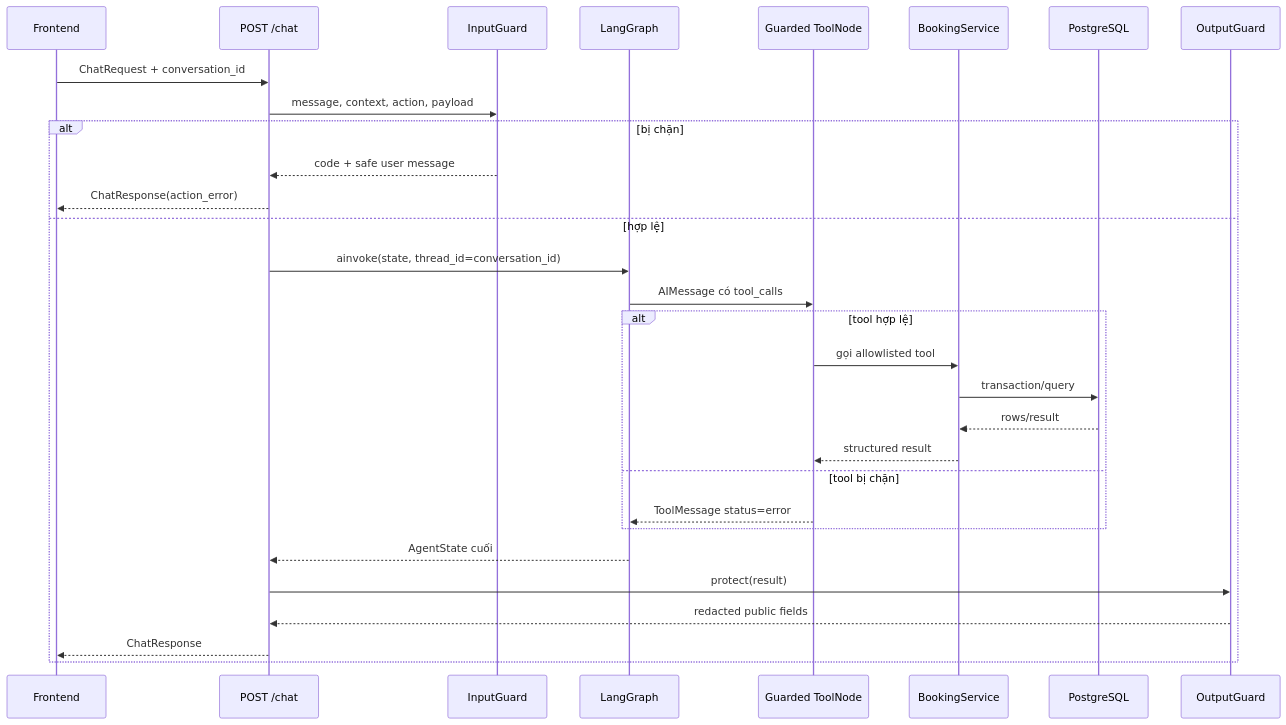
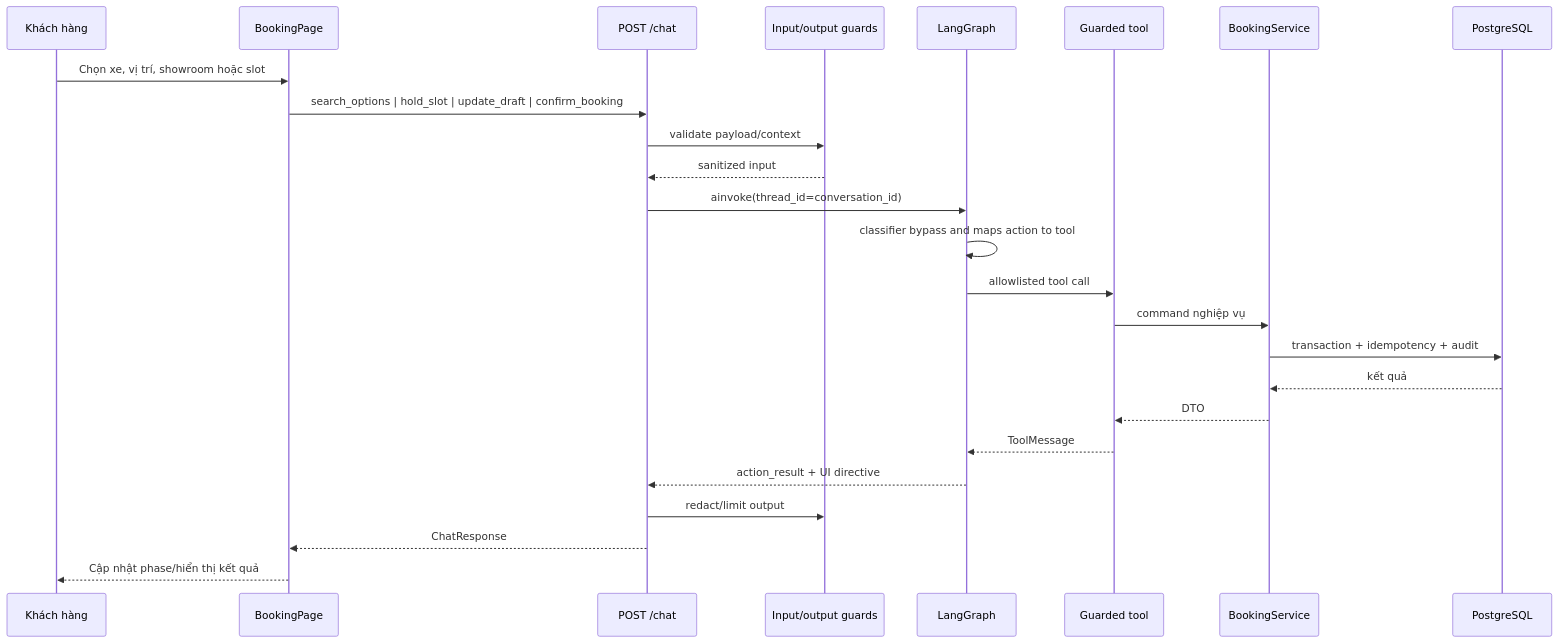
One commit to haichauht/vinfast-test-drive-booking changed the fourth of 7 diagrams in ARCHITECTURE.md. Above: the diagram before and after it, drawn with Mermaid. The commit also changed other lines of this file and 19 other files, not shown here.

Commit message:
feat(booking): improve location and availability flow

````diff
--- a/ARCHITECTURE.md
+++ b/ARCHITECTURE.md
@@ -327,33 +197,27 @@
 ```mermaid
 sequenceDiagram
-    participant F as Frontend
-    participant R as POST /chat
-    participant I as InputGuard
-    participant G as LangGraph
-    participant T as Guarded ToolNode
+    participant C as Khách hàng
+    participant UI as BookingPage
+    participant API as POST /chat
+    participant GR as Input/output guards
+    participant LG as LangGraph
+    participant T as Guarded tool
     participant B as BookingService
-    participant P as PostgreSQL
-    participant O as OutputGuard
-
-    F->>R: ChatRequest + conversation_id
-    R->>I: message, context, action, payload
-    alt bị chặn
-        I-->>R: code + safe user message
-        R-->>F: ChatResponse(action_error)
-    else hợp lệ
-        R->>G: ainvoke(state, thread_id=conversation_id)
-        G->>T: AIMessage có tool_calls
-        alt tool hợp lệ
-            T->>B: gọi allowlisted tool
-            B->>P: transaction/query
-            P-->>B: rows/result
-            B-->>T: structured result
-        else tool bị chặn
-            T-->>G: ToolMessage status=error
-        end
-        G-->>R: AgentState cuối
-        R->>O: protect(result)
-        O-->>R: redacted public fields
-        R-->>F: ChatResponse
-    end
+    participant DB as PostgreSQL
+    C->>UI: Chọn xe, vị trí, showroom hoặc slot
+    UI->>API: search_options | hold_slot | update_draft | confirm_booking
+    API->>GR: validate payload/context
+    GR-->>API: sanitized input
+    API->>LG: ainvoke(thread_id=conversation_id)
+    LG->>LG: classifier bypass and maps action to tool
+    LG->>T: allowlisted tool call
+    T->>B: command nghiệp vụ
+    B->>DB: transaction + idempotency + audit
+    DB-->>B: kết quả
+    B-->>T: DTO
+    T-->>LG: ToolMessage
+    LG-->>API: action_result + UI directive
+    API->>GR: redact/limit output
+    API-->>UI: ChatResponse
+    UI-->>C: Cập nhật phase/hiển thị kết quả
 ```
````
